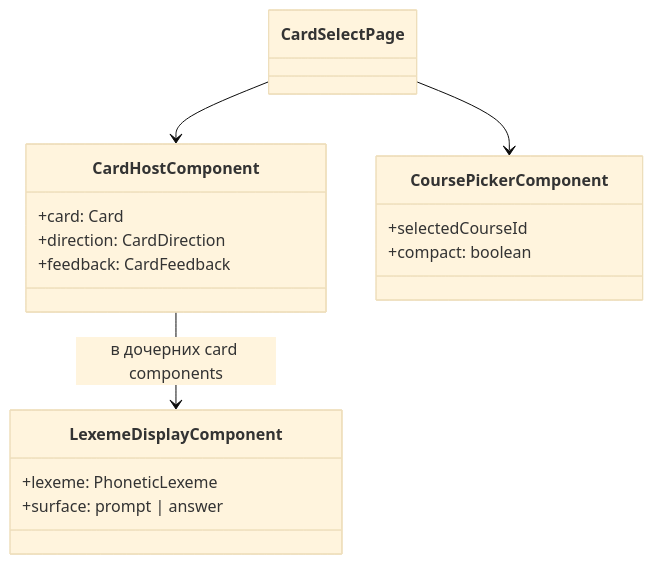
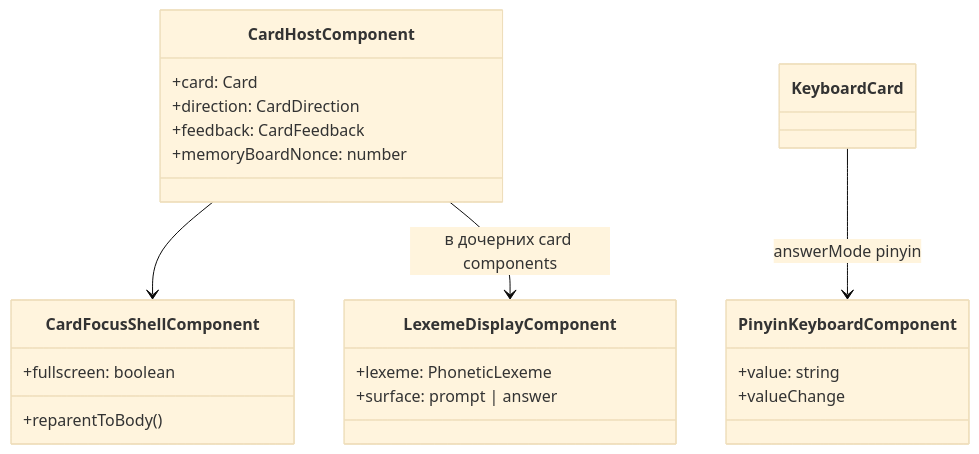
Before and after one commit to void2ptr-sketch/LinguaCode: the second of 2 diagrams in docs/ARCHITECTURE.shared.md, drawn with Mermaid (base theme). The commit also changed other lines of this file and 11 other files, not shown here.

````diff
--- a/docs/ARCHITECTURE.shared.md
+++ b/docs/ARCHITECTURE.shared.md
@@ -38,19 +66,24 @@
 ```mermaid
 classDiagram
   class CardHostComponent {
     +card: Card
     +direction: CardDirection
     +feedback: CardFeedback
+    +memoryBoardNonce: number
+  }
+  class CardFocusShellComponent {
+    +fullscreen: boolean
+    +reparentToBody()
   }
   class LexemeDisplayComponent {
     +lexeme: PhoneticLexeme
     +surface: prompt | answer
   }
-  class CoursePickerComponent {
-    +selectedCourseId
-    +compact: boolean
+  class PinyinKeyboardComponent {
+    +value: string
+    +valueChange
   }
+  CardHostComponent --> CardFocusShellComponent
   CardHostComponent --> LexemeDisplayComponent : в дочерних card components
-  CardSelectPage --> CoursePickerComponent
-  CardSelectPage --> CardHostComponent
+  KeyboardCard --> PinyinKeyboardComponent : answerMode pinyin
 ```
````
